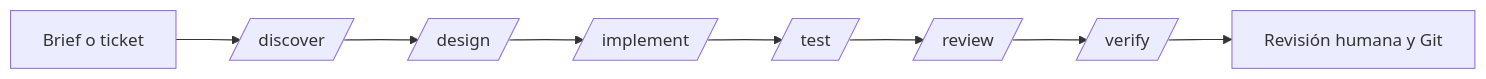
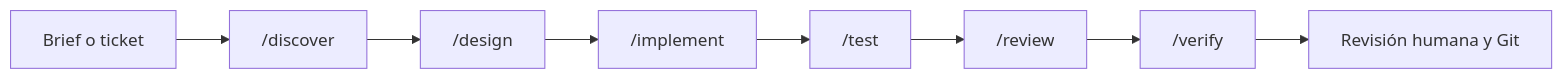
The diagram in docs/ai-development.md (eloylago13/ai-python-test), drawn with Mermaid before and after one commit. The commit also changed 1 other file, not shown here.

Commit message:
feat(notification): doc modifications

````diff
--- a/docs/ai-development.md
+++ b/docs/ai-development.md
@@ -69,10 +69,10 @@
 ```mermaid
 flowchart LR
-    B[Brief o ticket] --> D[/discover/]
-    D --> A[/design/]
-    A --> I[/implement/]
-    I --> T[/test/]
-    T --> R[/review/]
-    R --> V[/verify/]
-    V --> H[Revisión humana y Git]
+    B["Brief o ticket"] --> D["/discover"]
+    D --> A["/design"]
+    A --> I["/implement"]
+    I --> T["/test"]
+    T --> R["/review"]
+    R --> V["/verify"]
+    V --> H["Revisión humana y Git"]
 ```
````
